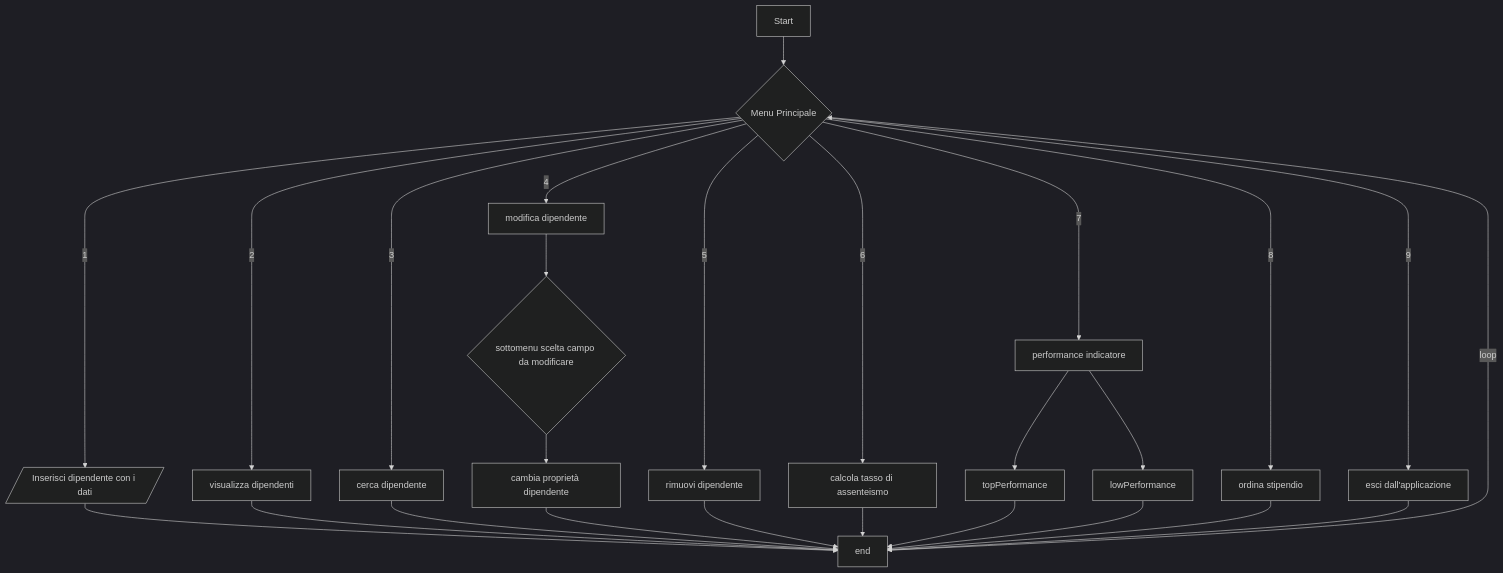
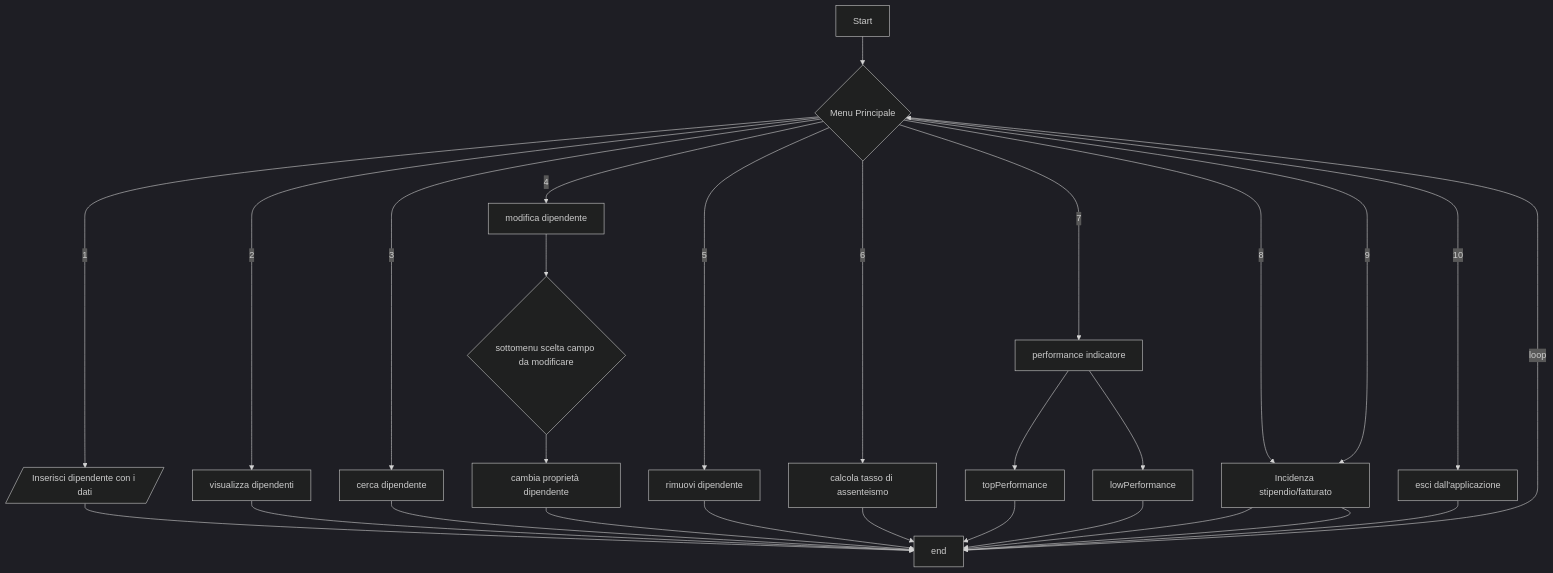
The second of 2 diagrams in Esercitazioni/Assignment-Gestionale-Personale-Spectre/README.md (Neomatrix0/dev1_2024), drawn with Mermaid (dark theme) before and after one commit. The commit also changed other lines of this file and 10 other files, not shown here.

````diff
--- a/Esercitazioni/Assignment-Gestionale-Personale-Spectre/README.md
+++ b/Esercitazioni/Assignment-Gestionale-Personale-Spectre/README.md
@@ -133,22 +139,23 @@
 ```mermaid
 
 
 
    flowchart TD
     A[Start] --> B{Menu Principale}
     B -- 1 --> C[/Inserisci dipendente con i dati/] --> Z
     B -- 2 --> D[visualizza dipendenti] --> Z
     B -- 3 --> E[cerca dipendente] --> Z
     B -- 4 --> F[modifica dipendente] --> F1{sottomenu scelta campo da modificare} --> F2[cambia proprietà dipendente]--> Z
     B -- 5 --> G[rimuovi dipendente] --> Z
     B -- 6 --> H[calcola tasso di assenteismo ] --> Z
     B -- 7 --> I[performance indicatore] --> O[topPerformance] & O1[lowPerformance] --> Z
     B -- 8 --> L[ordina stipendio] --> Z
-    B -- 9 --> N[esci dall'applicazione] --> Z
+    B -- 9 --> L[Incidenza stipendio/fatturato] --> Z
+    B -- 10 --> N[esci dall'applicazione] --> Z
     Z[end] --loop --> B
 
     
    
 
    
 ```
````
